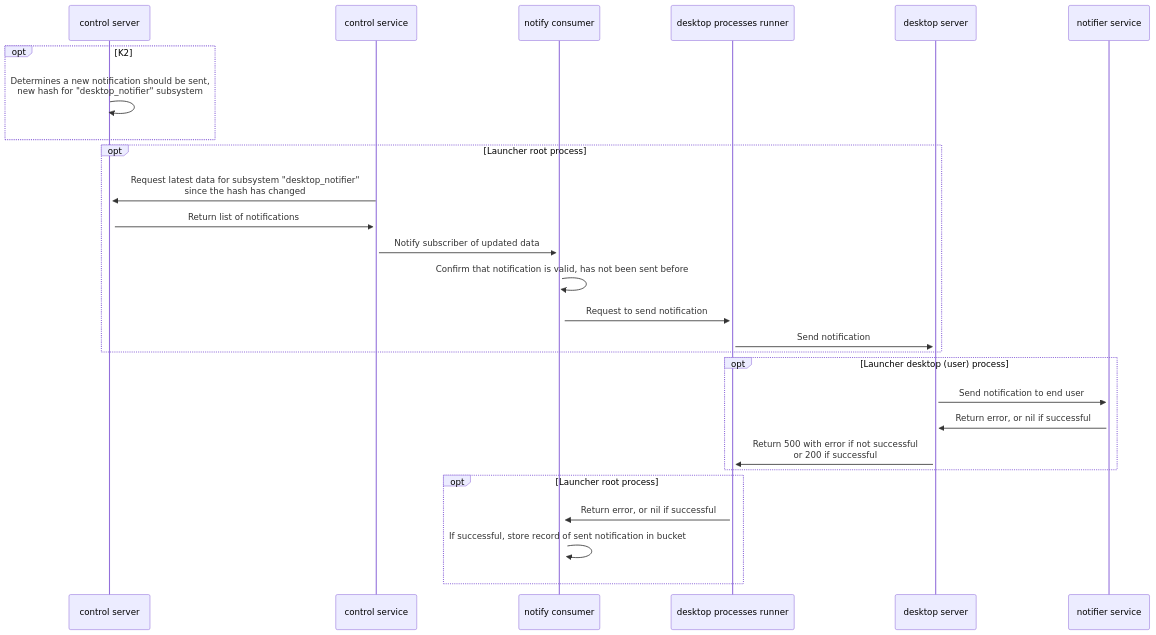
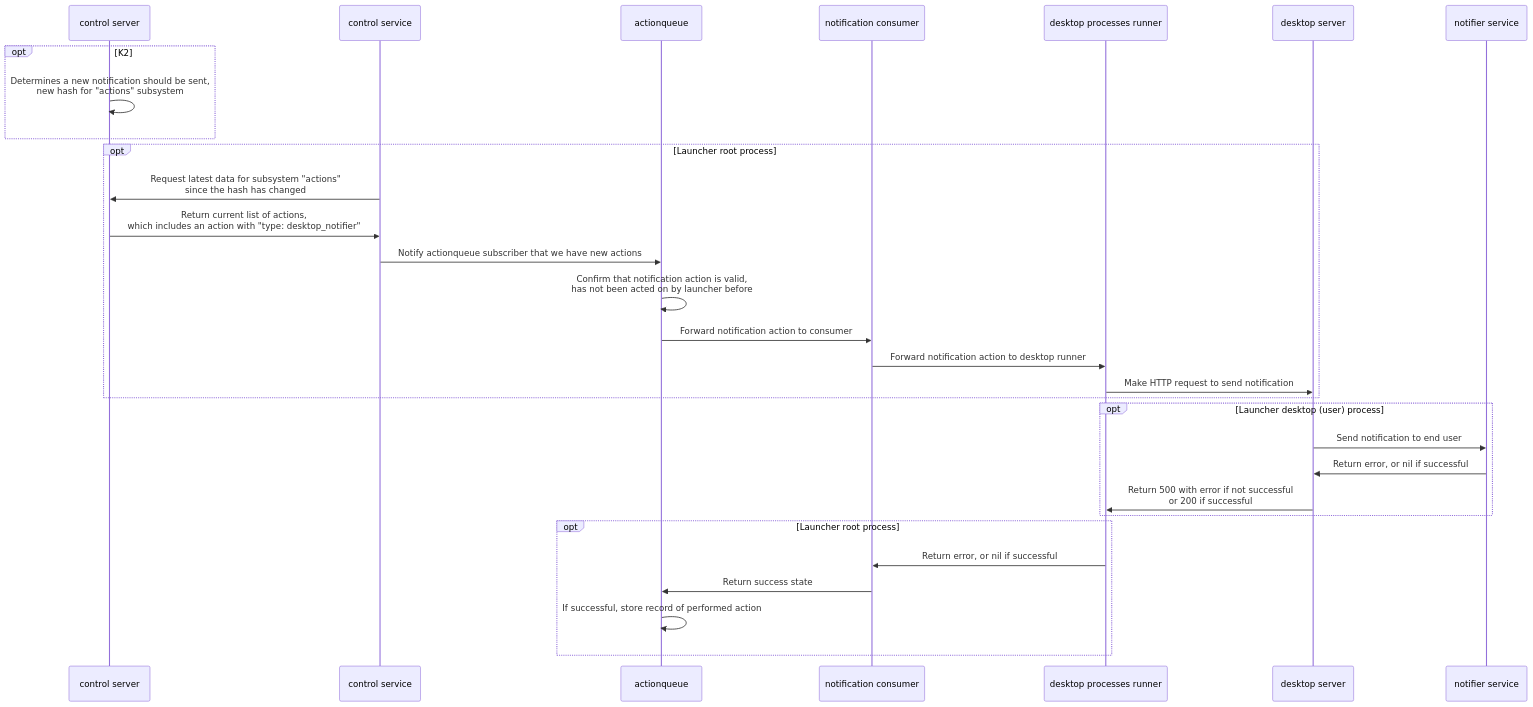
Before and after one commit to kolide/launcher: the diagram in docs/architecture/notifications.md, drawn with Mermaid. The commit also changed other lines of this file and 3 other files, not shown here.

Commit message:
Update documentation for notifications and control server (#1882)

````diff
--- a/docs/architecture/notifications.md
+++ b/docs/architecture/notifications.md
@@ -66,23 +68,25 @@
 ```mermaid
 sequenceDiagram
     opt K2
-        control server->>+control server: Determines a new notification should be sent,<br>new hash for "desktop_notifier" subsystem
+        control server->>control server: Determines a new notification should be sent,<br>new hash for "actions" subsystem
     end
     opt Launcher root process
-        control service->>+control server: Request latest data for subsystem "desktop_notifier"<br>since the hash has changed
-        control server->>+control service: Return list of notifications
-        control service->>+notify consumer: Notify subscriber of updated data
-        notify consumer->>+notify consumer: Confirm that notification is valid, has not been sent before
-        notify consumer->>+desktop processes runner: Request to send notification
-        desktop processes runner->>+desktop server: Send notification
+        control service->>control server: Request latest data for subsystem "actions"<br>since the hash has changed
+        control server->>control service: Return current list of actions,<br>which includes an action with "type: desktop_notifier"
+        control service->>actionqueue: Notify actionqueue subscriber that we have new actions
+        actionqueue->>actionqueue: Confirm that notification action is valid,<br>has not been acted on by launcher before
+        actionqueue->>notification consumer: Forward notification action to consumer
+        notification consumer->>desktop processes runner: Forward notification action to desktop runner
+        desktop processes runner->>desktop server: Make HTTP request to send notification
     end
     opt Launcher desktop (user) process
-        desktop server->>+notifier service: Send notification to end user
-        notifier service->>+desktop server: Return error, or nil if successful
-        desktop server->>+desktop processes runner: Return 500 with error if not successful<br>or 200 if successful
+        desktop server->>notifier service: Send notification to end user
+        notifier service->>desktop server: Return error, or nil if successful
+        desktop server->>desktop processes runner: Return 500 with error if not successful<br>or 200 if successful
     end
     opt Launcher root process
-        desktop processes runner->>+notify consumer: Return error, or nil if successful
-        notify consumer->>+notify consumer: If successful, store record of sent notification in bucket
+        desktop processes runner->>notification consumer: Return error, or nil if successful
+        notification consumer->>actionqueue: Return success state
+        actionqueue->>actionqueue: If successful, store record of performed action
     end
 ```
````
